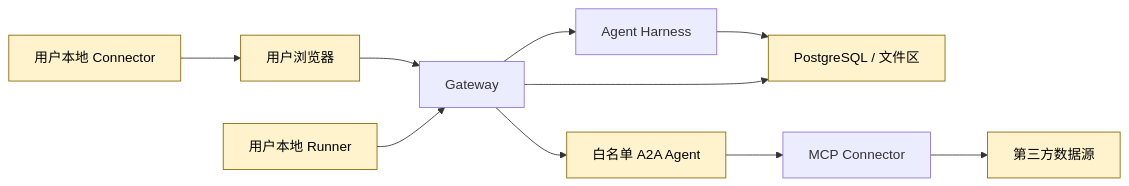
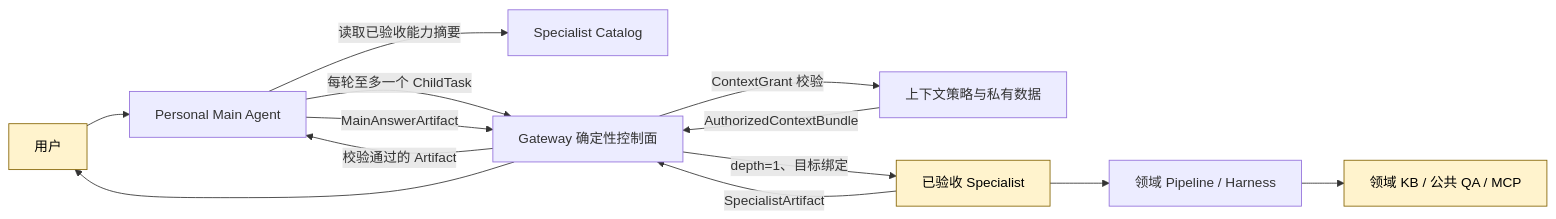
Before and after one commit to xytsakura/ai-for-better-life-in-ustc: the diagram in docs/security/threat-model.md, drawn with Mermaid. The commit also changed other lines of this file and 23 other files, not shown here.

Commit message:
docs: adopt personal main agent single-hop orchestration

````diff
--- a/docs/security/threat-model.md
+++ b/docs/security/threat-model.md
@@ -19,15 +35,18 @@
 ```mermaid
 flowchart LR
-    U["用户浏览器"] --> G["Gateway"]
-    LC["用户本地 Connector"] --> U
-    LR["用户本地 Runner"] --> G
-    G --> H["Agent Harness"]
-    H --> P["白名单模型 Provider"]
-    G --> A["白名单 A2A Agent"]
-    A --> M["MCP Connector"]
-    M --> D["第三方数据源"]
-    G --> P["PostgreSQL / 文件区"]
+    U["用户"] --> M["Personal Main Agent"]
+    M -->|"读取已验收能力摘要"| C["Specialist Catalog"]
+    M -->|"每轮至多一个 ChildTask"| G["Gateway 确定性控制面"]
+    G -->|"ContextGrant 校验"| P["上下文策略与私有数据"]
+    P -->|"AuthorizedContextBundle"| G
+    G -->|"depth=1、目标绑定"| S["已验收 Specialist"]
+    S --> H["领域 Pipeline / Harness"]
+    H --> K["领域 KB / 公共 QA / MCP"]
+    S -->|"SpecialistArtifact"| G
+    G -->|"校验通过的 Artifact"| M
+    M -->|"MainAnswerArtifact"| G
+    G --> U
 
     classDef untrusted fill:#fff3cd,stroke:#856404,color:#000;
-    class U,LC,LR,A,P,D untrusted;
+    class U,S,K untrusted;
 ```
````
